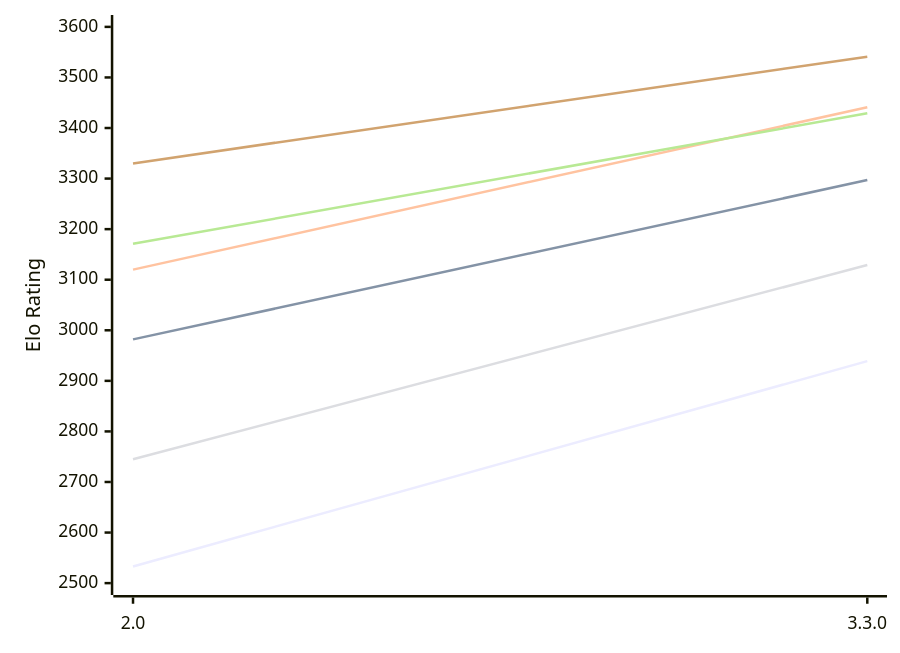
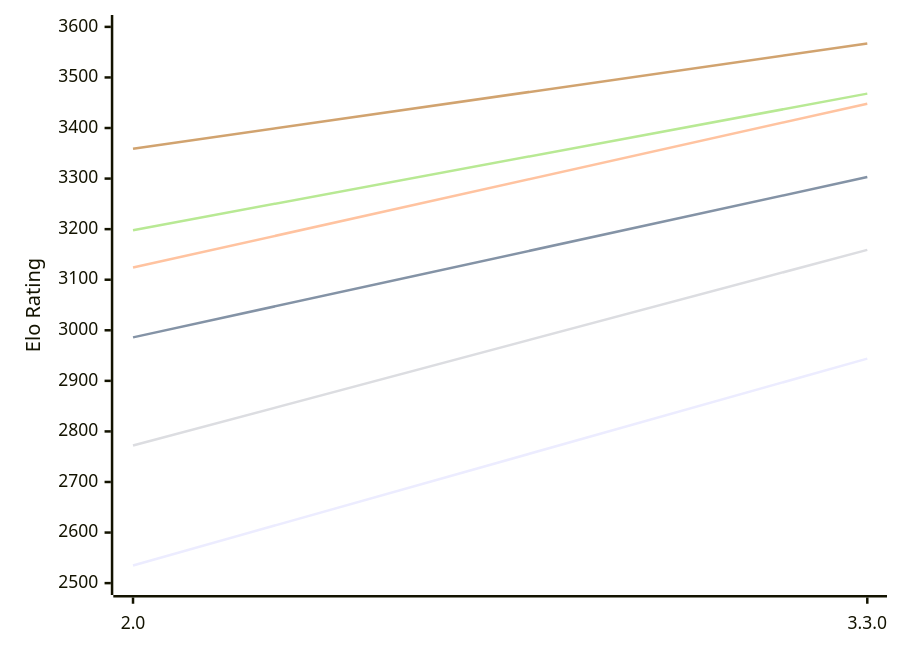
One commit to computer-chess-index/cci changed the diagram in engines/Ravager.md. Above: the diagram before and after it, drawn with Mermaid. The commit also changed other lines of this file, not shown here.

Commit message:
Update CCI Ratings (ELO VLTC) - 2026-10-21

````diff
--- a/engines/Ravager.md
+++ b/engines/Ravager.md
@@ -49,12 +49,12 @@
 ```mermaid
 %%{init: {"theme":"base","themeVariables":{"seriesColors:['#a3a3a3','#222221','#faa371']}}}%%
 xychart-beta
   x-axis ["2.0", "3.3.0"]
   y-axis "Elo Rating" 2500 --> 3600
-  line "E1: STC (8.0+0.08s)" [2533, 2939]
-  line "E1: LTC (60.0+0.60s)" [2982, 3297]
-  line "E1: VLTC (2m24s+1.12s)" [3120, 3441]
-  line "P1: STC (8.0+0.08s)" [2745, 3129]
-  line "P1: LTC (60.0+0.60s)" [3171, 3429]
-  line "P1: VLTC (2m24s+1.12s)" [3330, 3541]
+  line "E1: STC (8.0+0.08s)" [2535, 2944]
+  line "E1: LTC (60.0+0.60s)" [2986, 3303]
+  line "E1: VLTC (2m24s+1.12s)" [3124, 3448]
+  line "P1: STC (8.0+0.08s)" [2772, 3159]
+  line "P1: LTC (60.0+0.60s)" [3198, 3468]
+  line "P1: VLTC (2m24s+1.12s)" [3359, 3567]
 ```
````
